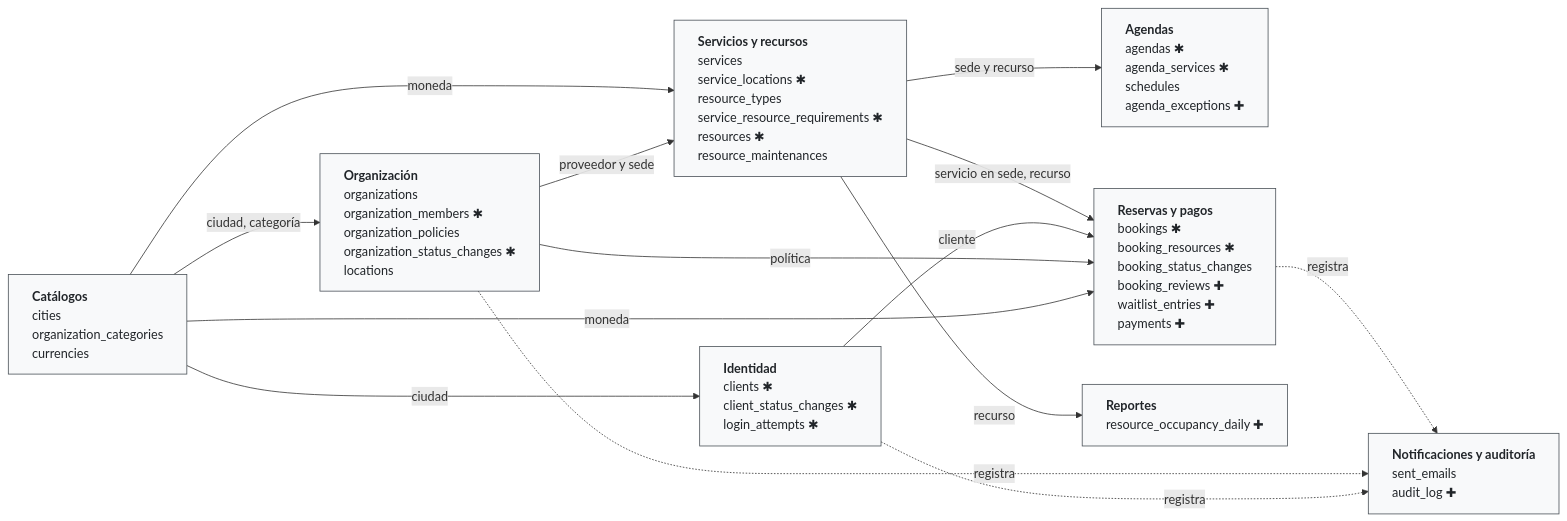
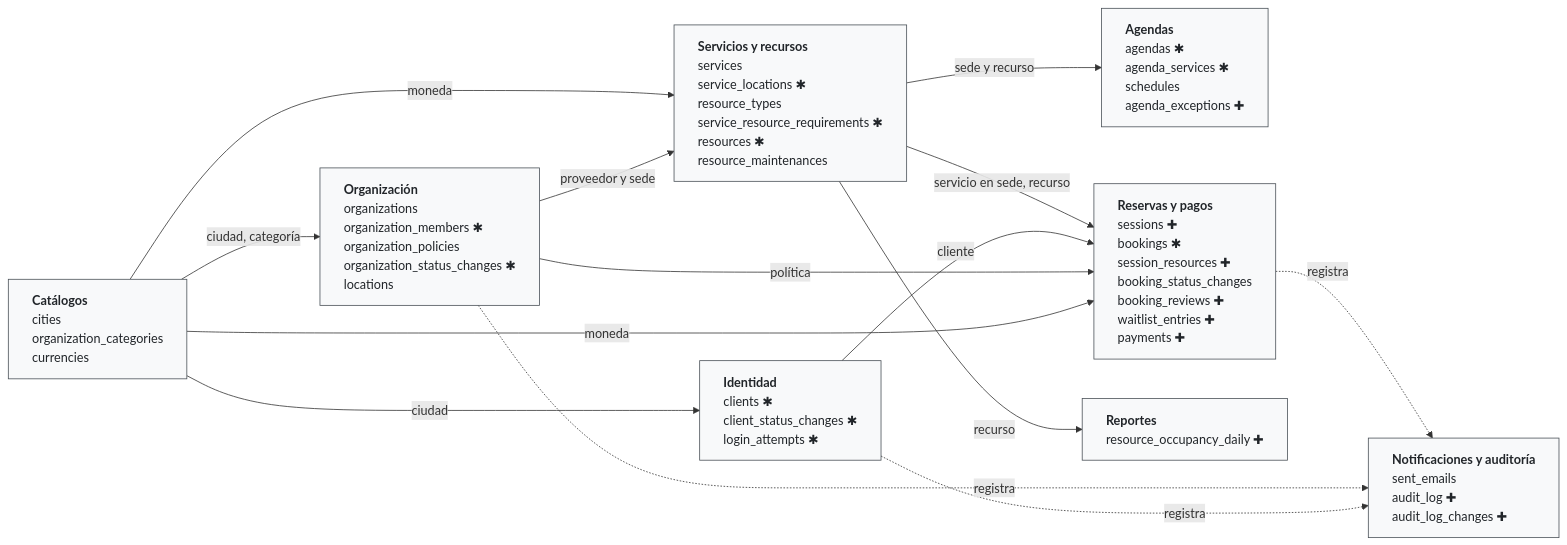
One commit to andersonhg19/bookingplatform-BDs changed the first of 4 diagrams in README.md. Above: the diagram before and after it, drawn with Mermaid. The commit also changed other lines of this file and 7 other files, not shown here.

````diff
--- a/README.md
+++ b/README.md
@@ -113,29 +118,29 @@
 ```mermaid
 %%{init: {"flowchart": {"wrappingWidth": 320}}}%%
 flowchart LR
     CAT["<b>Catálogos</b><br/>cities<br/>organization_categories<br/>currencies"]
     IDE["<b>Identidad</b><br/>clients ✱<br/>client_status_changes ✱<br/>login_attempts ✱"]
     ORG["<b>Organización</b><br/>organizations<br/>organization_members ✱<br/>organization_policies<br/>organization_status_changes ✱<br/>locations"]
     SER["<b>Servicios y recursos</b><br/>services<br/>service_locations ✱<br/>resource_types<br/>service_resource_requirements ✱<br/>resources ✱<br/>resource_maintenances"]
     AGE["<b>Agendas</b><br/>agendas ✱<br/>agenda_services ✱<br/>schedules<br/>agenda_exceptions ✚"]
-    RES["<b>Reservas y pagos</b><br/>bookings ✱<br/>booking_resources ✱<br/>booking_status_changes<br/>booking_reviews ✚<br/>waitlist_entries ✚<br/>payments ✚"]
+    RES["<b>Reservas y pagos</b><br/>sessions ✚<br/>bookings ✱<br/>session_resources ✚<br/>booking_status_changes<br/>booking_reviews ✚<br/>waitlist_entries ✚<br/>payments ✚"]
     REP["<b>Reportes</b><br/>resource_occupancy_daily ✚"]
-    AUD["<b>Notificaciones y auditoría</b><br/>sent_emails<br/>audit_log ✚"]
+    AUD["<b>Notificaciones y auditoría</b><br/>sent_emails<br/>audit_log ✚<br/>audit_log_changes ✚"]
 
     CAT -->|ciudad, categoría| ORG
     CAT -->|ciudad| IDE
     CAT -->|moneda| SER
     ORG -->|proveedor y sede| SER
     SER -->|sede y recurso| AGE
     SER -->|servicio en sede, recurso| RES
     IDE -->|cliente| RES
     ORG -->|política| RES
     CAT -->|moneda| RES
     SER -->|recurso| REP
     RES -. registra .-> AUD
     ORG -. registra .-> AUD
     IDE -. registra .-> AUD
 
     classDef dominio fill:#f8f9fa,stroke:#495057,color:#212529,text-align:left
     class CAT,IDE,ORG,SER,AGE,RES,REP,AUD dominio
 ```
````
